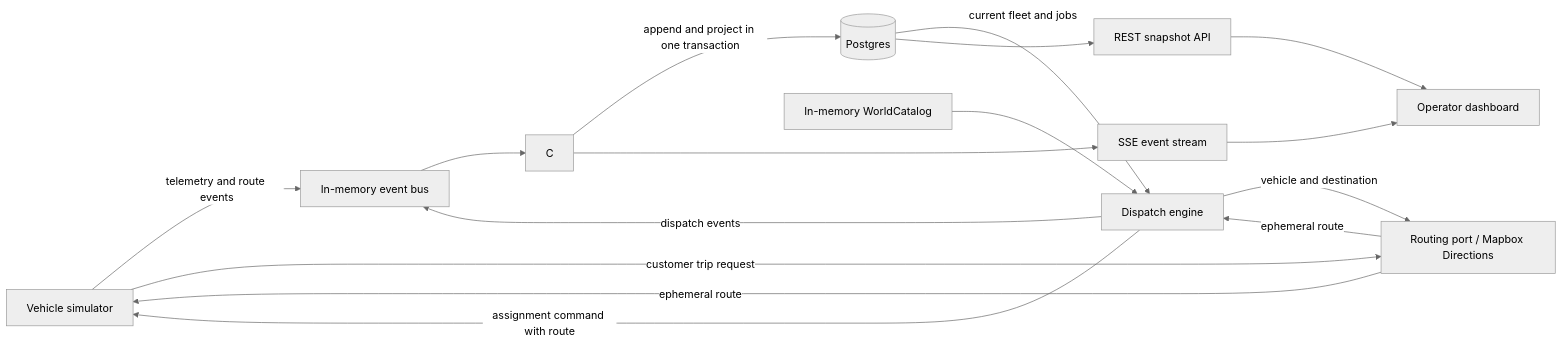
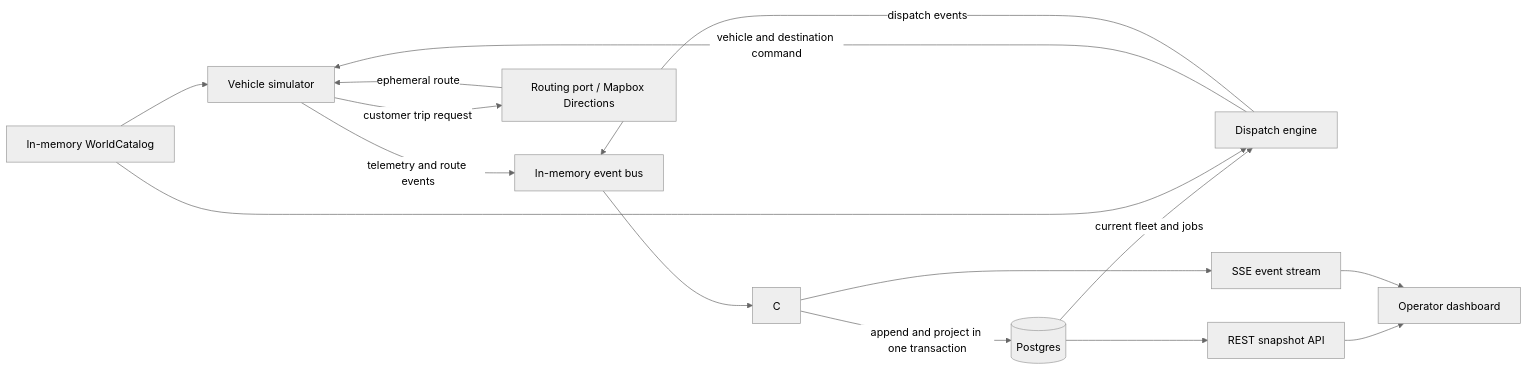
One commit to jeffywu/vay-fleet-radar changed the diagram in plans/ARCHITECTURE.md. Above: the diagram before and after it, drawn with Mermaid (neutral theme). The commit also changed other lines of this file and 34 other files, not shown here.

Commit message:
Add command-driven simulation and dispatch routing

````diff
--- a/plans/ARCHITECTURE.md
+++ b/plans/ARCHITECTURE.md
@@ -35,18 +35,18 @@
 ```mermaid
 flowchart LR
     S[Vehicle simulator] -->|telemetry and route events| M[In-memory event bus]
     M --> C
     C -->|append and project in one transaction| P[(Postgres)]
     P -->|current fleet and jobs| D[Dispatch engine]
     X[In-memory WorldCatalog] --> D
-    D -->|vehicle and destination| R[Routing port / Mapbox Directions]
-    R -->|ephemeral route| D
+    X --> S
+    D -->|vehicle and destination command| S
     S -->|customer trip request| R
     R -->|ephemeral route| S
-    D -->|assignment command with route| S
+    R[Routing port / Mapbox Directions]
     D -->|dispatch events| M
     P --> A[REST snapshot API]
     C --> E[SSE event stream]
     A --> W[Operator dashboard]
     E --> W
 ```
````
